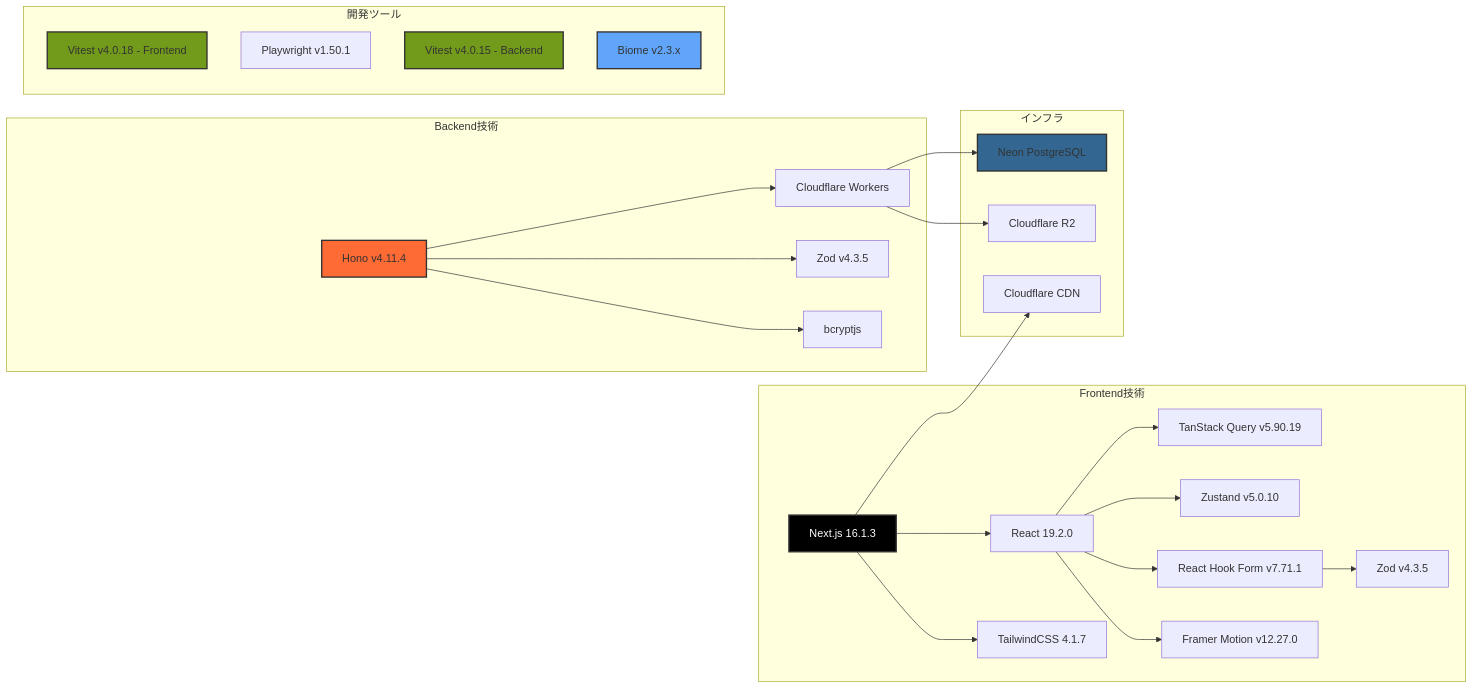
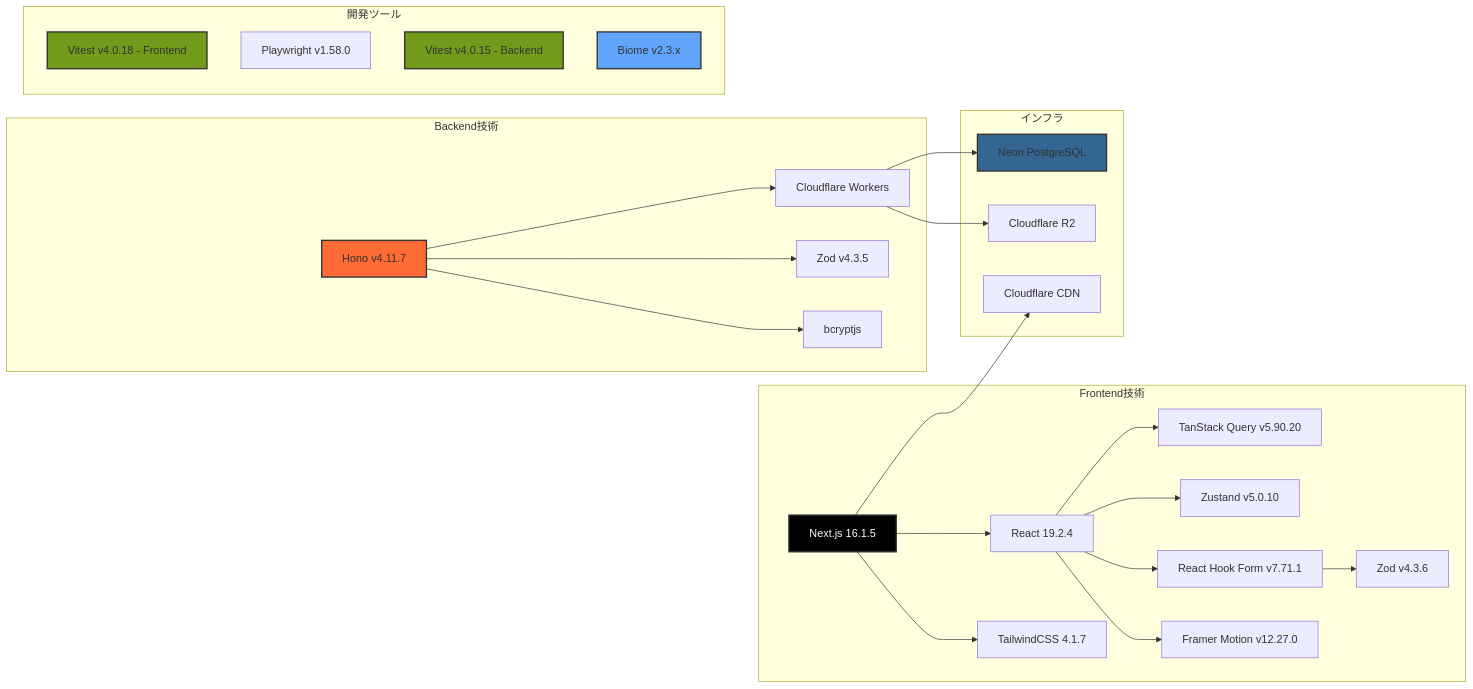
The fourth of 4 diagrams in README.md (ProjectEuropa/Europa), drawn with Mermaid before and after one commit. The commit also changed other lines of this file and 3 other files, not shown here.

````diff
--- a/README.md
+++ b/README.md
@@ -165,56 +165,56 @@
 ```mermaid
 graph LR
     subgraph "Frontend技術"
-        NextJS[Next.js 16.1.3]
-        React[React 19.2.0]
+        NextJS[Next.js 16.1.5]
+        React[React 19.2.4]
         TailwindCSS[TailwindCSS 4.1.7]
-        TanStack[TanStack Query v5.90.19]
+        TanStack[TanStack Query v5.90.20]
         Zustand[Zustand v5.0.10]
         RHF[React Hook Form v7.71.1]
-        ZodFE[Zod v4.3.5]
+        ZodFE[Zod v4.3.6]
         Framer[Framer Motion v12.27.0]
     end
 
     subgraph "Backend技術"
-        Hono[Hono v4.11.4]
+        Hono[Hono v4.11.7]
         Workers[Cloudflare Workers]
         Zod[Zod v4.3.5]
         Bcrypt[bcryptjs]
     end
 
     subgraph "インフラ"
         Neon[Neon PostgreSQL]
         R2[Cloudflare R2]
         CF[Cloudflare CDN]
     end
 
     subgraph "開発ツール"
         VitestFE[Vitest v4.0.18 - Frontend]
-        PlaywrightFE[Playwright v1.50.1]
+        PlaywrightFE[Playwright v1.58.0]
         VitestBE[Vitest v4.0.15 - Backend]
         Biome[Biome v2.3.x]
     end
 
     NextJS --> React
     NextJS --> TailwindCSS
     React --> TanStack
     React --> Zustand
     React --> RHF
     RHF --> ZodFE
     React --> Framer
 
     Hono --> Workers
     Hono --> Zod
     Hono --> Bcrypt
 
     Workers --> Neon
     Workers --> R2
     NextJS --> CF
 
     style NextJS fill:#000,color:#fff,stroke:#333,stroke-width:2px
     style Hono fill:#ff6b35,stroke:#333,stroke-width:2px
     style Neon fill:#336791,stroke:#333,stroke-width:2px
     style VitestFE fill:#729b1b,stroke:#333,stroke-width:2px
     style VitestBE fill:#729b1b,stroke:#333,stroke-width:2px
     style Biome fill:#60a5fa,stroke:#333,stroke-width:2px
 ```
````
